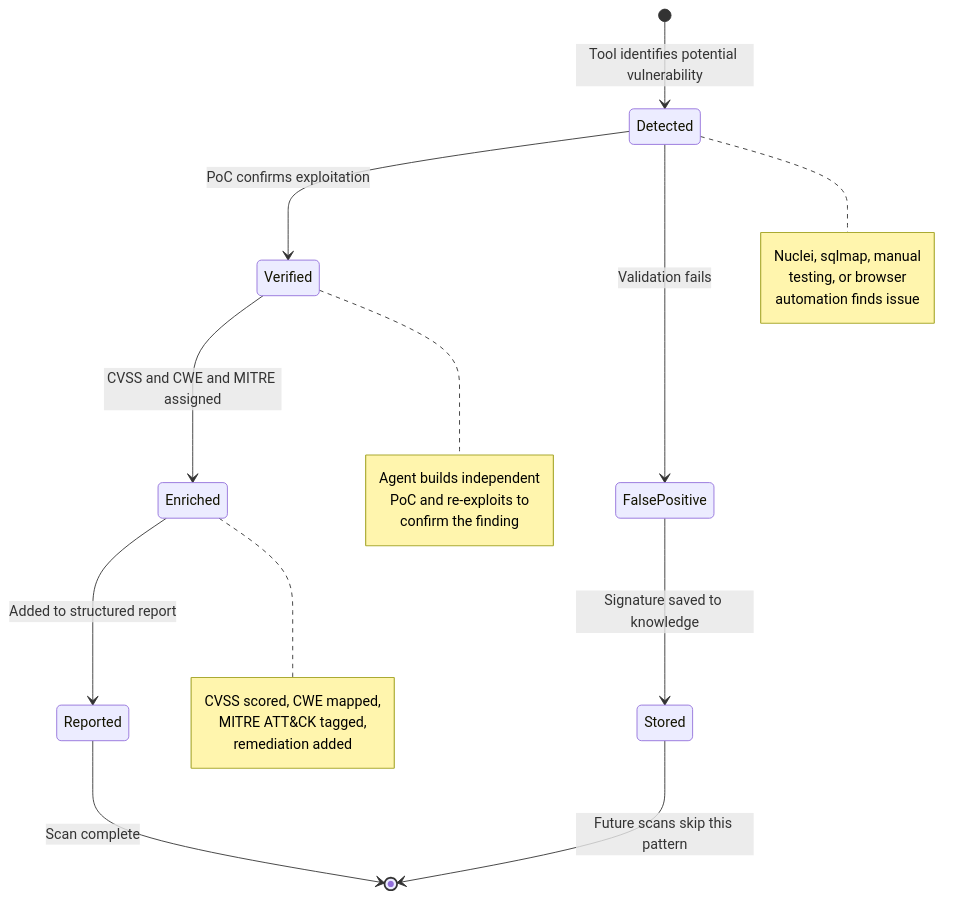
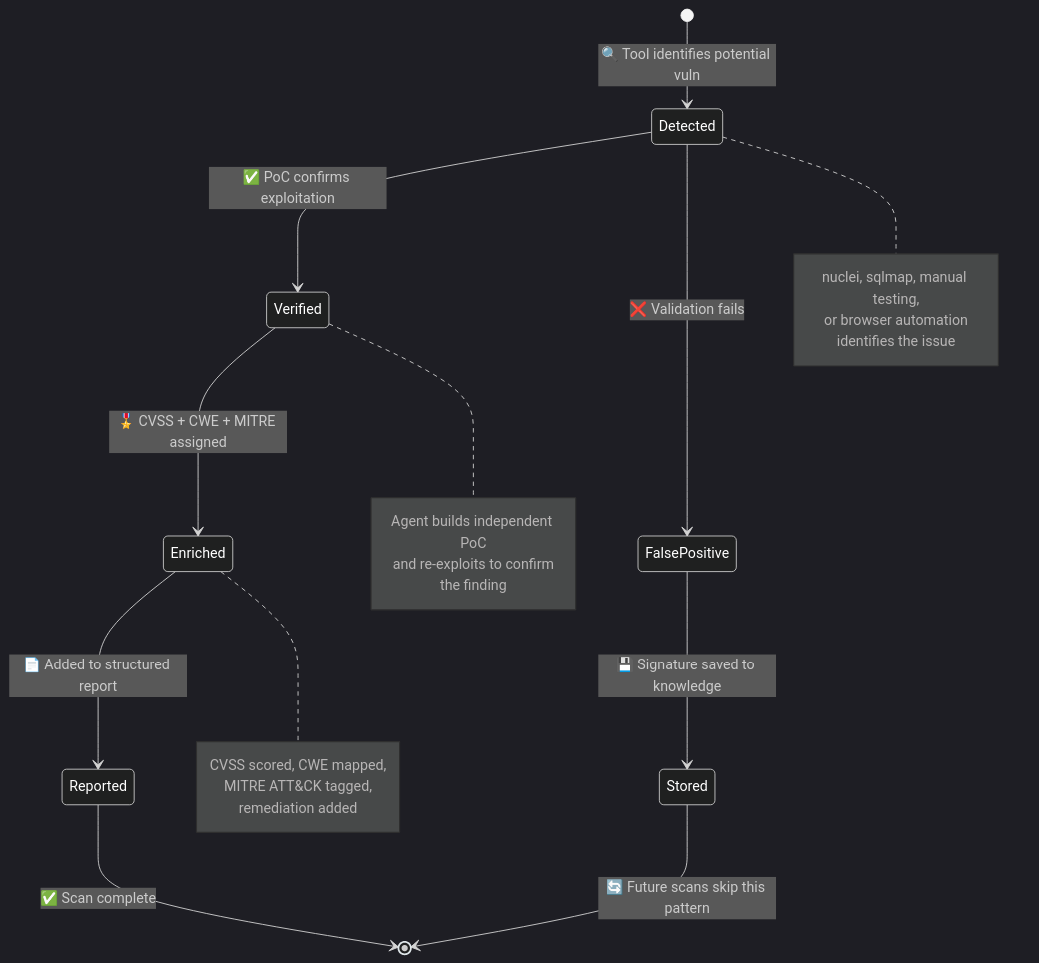
One commit to Usta0x001/Phantom changed the sixth of 7 diagrams in README.md. Above: the diagram before and after it, drawn with Mermaid. The commit also changed other lines of this file and 2 other files, not shown here.

Commit message:
redesign README with emojis, collapsible diagrams; comprehensive LaTeX report (39 pages, 15 chapters, TikZ diagrams)

````diff
--- a/README.md
+++ b/README.md
@@ -324,32 +368,33 @@
 ```mermaid
+%%{init: {'theme': 'dark', 'themeVariables': {'primaryColor': '#d63031', 'primaryTextColor': '#fff', 'primaryBorderColor': '#ff7675', 'lineColor': '#dfe6e9'}}}%%
 stateDiagram-v2
-    [*] --> Detected: Tool identifies potential vulnerability
-    Detected --> Verified: PoC confirms exploitation
-    Detected --> FalsePositive: Validation fails
+    [*] --> Detected: 🔍 Tool identifies potential vuln
+    Detected --> Verified: ✅ PoC confirms exploitation
+    Detected --> FalsePositive: ❌ Validation fails
 
-    Verified --> Enriched: CVSS and CWE and MITRE assigned
-    Enriched --> Reported: Added to structured report
+    Verified --> Enriched: 🎖️ CVSS + CWE + MITRE assigned
+    Enriched --> Reported: 📄 Added to structured report
 
-    FalsePositive --> Stored: Signature saved to knowledge
-    Stored --> [*]: Future scans skip this pattern
+    FalsePositive --> Stored: 💾 Signature saved to knowledge
+    Stored --> [*]: 🔄 Future scans skip this pattern
 
-    Reported --> [*]: Scan complete
+    Reported --> [*]: ✅ Scan complete
 
     note right of Detected
-        Nuclei, sqlmap, manual
-        testing, or browser
-        automation finds issue
+        nuclei, sqlmap, manual testing,
+        or browser automation
+        identifies the issue
     end note
 
     note right of Verified
-        Agent builds independent
-        PoC and re-exploits to
-        confirm the finding
+        Agent builds independent PoC
+        and re-exploits to confirm
+        the finding
     end note
 
     note right of Enriched
         CVSS scored, CWE mapped,
         MITRE ATT&CK tagged,
         remediation added
     end note
 ```
````
